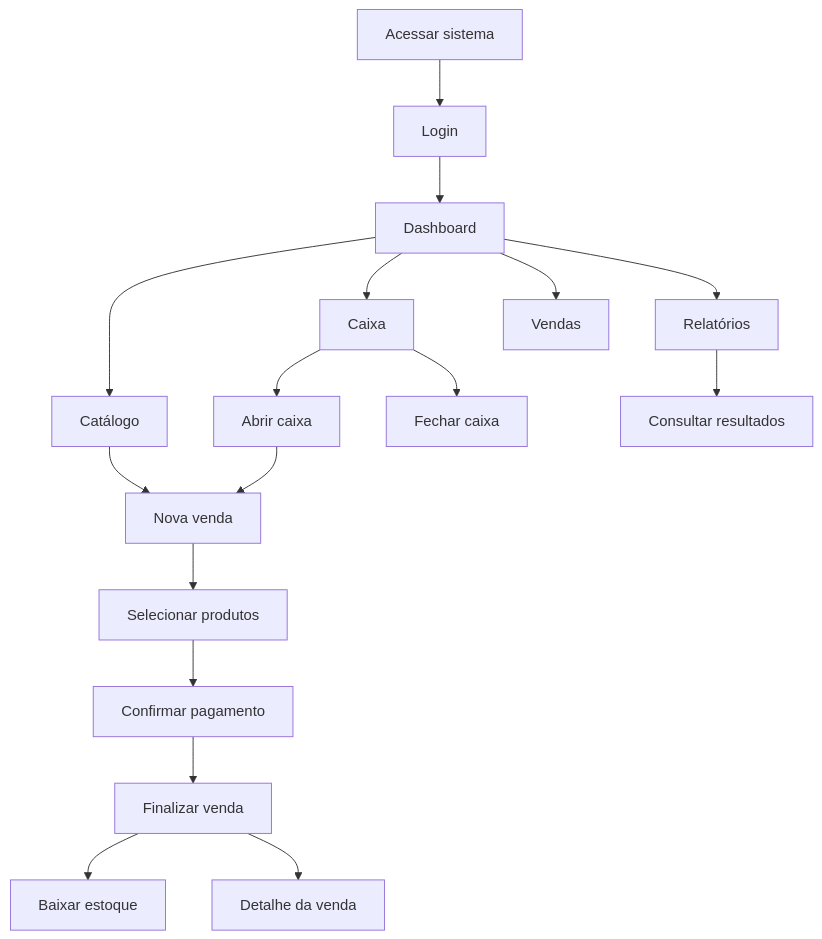
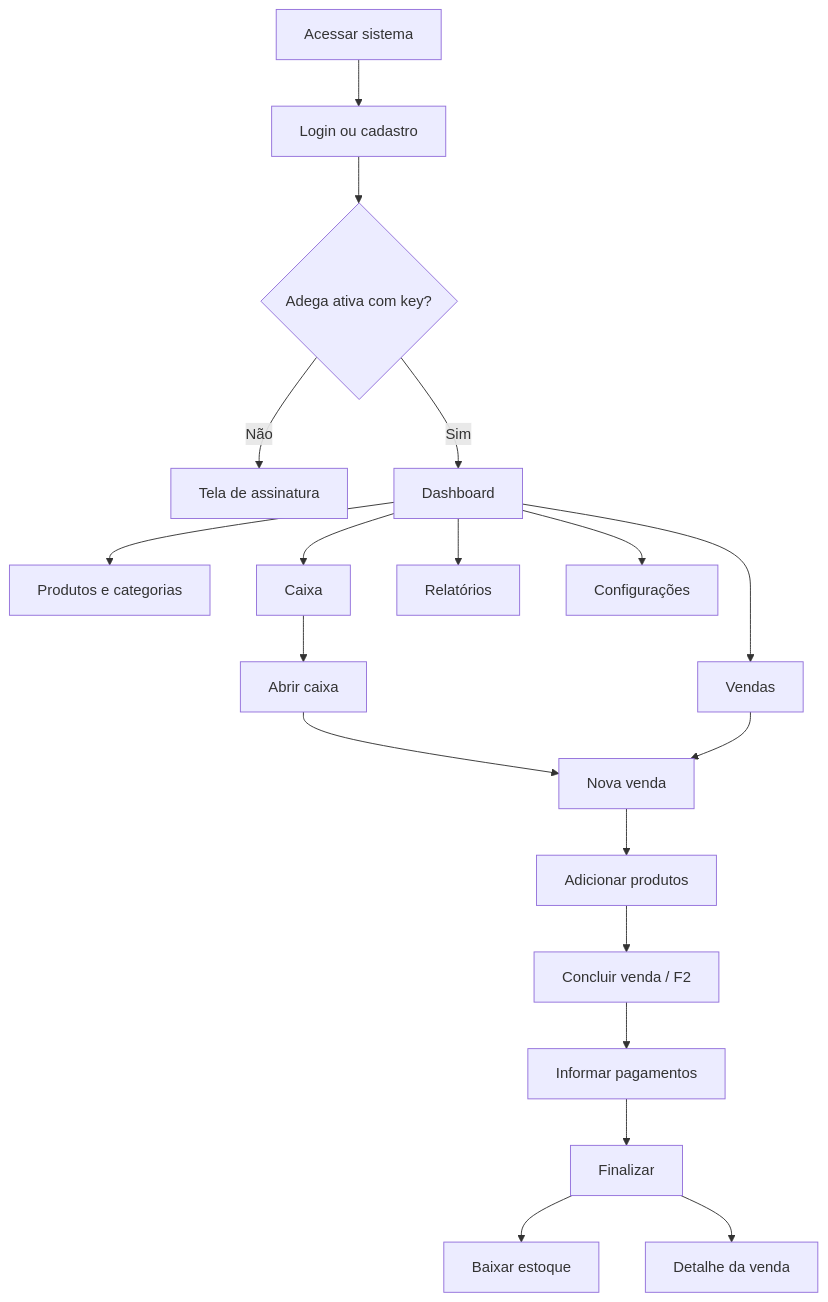
The first of 7 diagrams in docs/06-fluxo-sistema.md (RafaelBG7/pdv2026), drawn with Mermaid before and after one commit. The commit also changed other lines of this file and 82 other files, not shown here.

````diff
--- a/docs/06-fluxo-sistema.md
+++ b/docs/06-fluxo-sistema.md
@@ -5,19 +5,21 @@
 ```mermaid
 flowchart TD
-    A["Acessar sistema"] --> B["Login"]
-    B --> C["Dashboard"]
-    C --> D["Catálogo"]
-    C --> E["Caixa"]
-    C --> F["Vendas"]
-    C --> G["Relatórios"]
-    E --> H["Abrir caixa"]
-    H --> I["Nova venda"]
-    D --> I
-    I --> J["Selecionar produtos"]
-    J --> K["Confirmar pagamento"]
-    K --> L["Finalizar venda"]
-    L --> M["Baixar estoque"]
-    L --> N["Detalhe da venda"]
-    G --> O["Consultar resultados"]
-    E --> P["Fechar caixa"]
+    A["Acessar sistema"] --> B["Login ou cadastro"]
+    B --> C{"Adega ativa com key?"}
+    C -- "Não" --> D["Tela de assinatura"]
+    C -- "Sim" --> E["Dashboard"]
+    E --> F["Produtos e categorias"]
+    E --> G["Caixa"]
+    E --> H["Vendas"]
+    E --> I["Relatórios"]
+    E --> J["Configurações"]
+    G --> K["Abrir caixa"]
+    K --> L["Nova venda"]
+    H --> L
+    L --> M["Adicionar produtos"]
+    M --> N["Concluir venda / F2"]
+    N --> O["Informar pagamentos"]
+    O --> P["Finalizar"]
+    P --> Q["Baixar estoque"]
+    P --> R["Detalhe da venda"]
 ```
````
